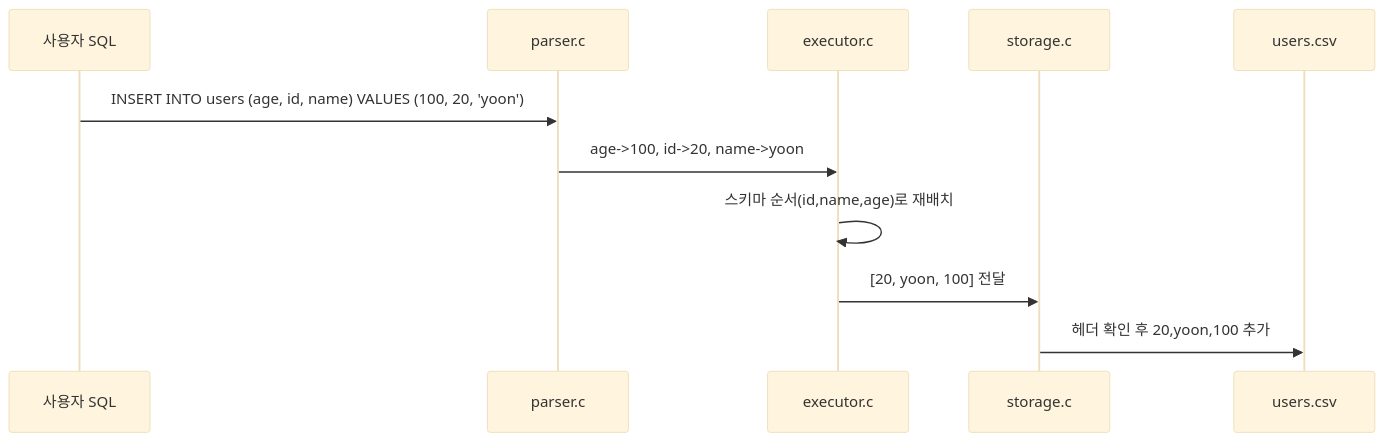
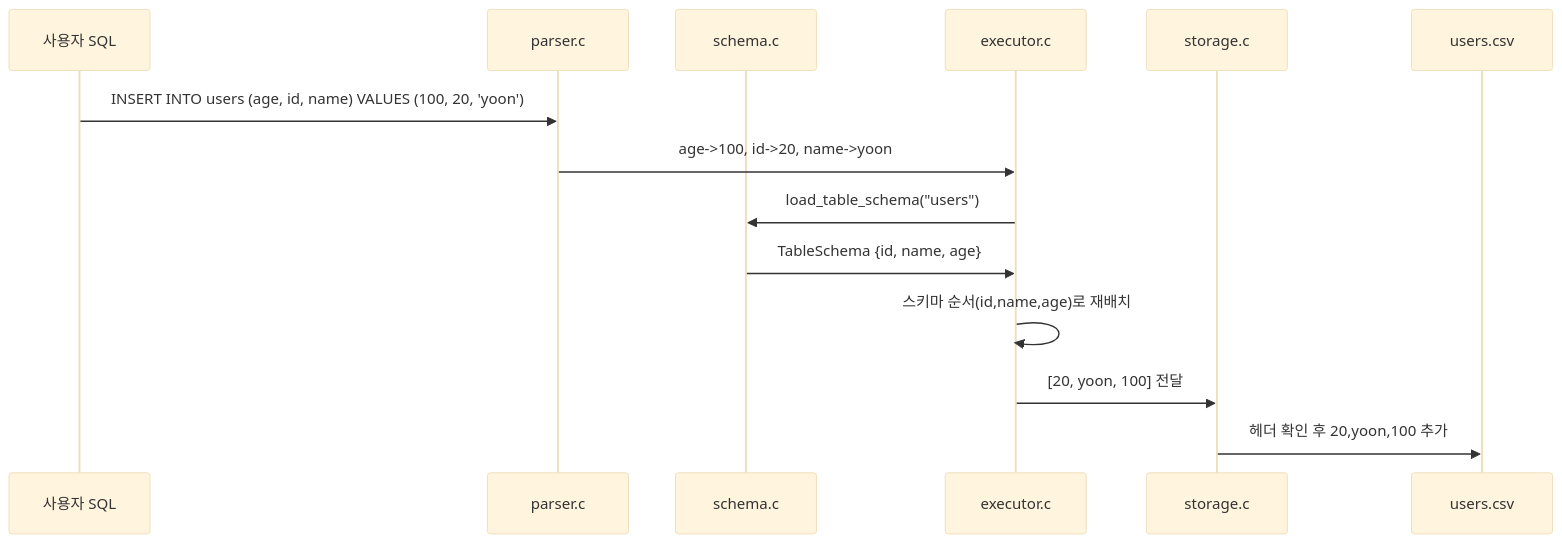
The third of 3 diagrams in docs/insert-column-order-explained.md (Jungle-12-303/week6-team5-sql), drawn with Mermaid (base theme) before and after one commit. The commit also changed other lines of this file and 1 other file, not shown here.

````diff
--- a/docs/insert-column-order-explained.md
+++ b/docs/insert-column-order-explained.md
@@ -138,14 +140,17 @@
 ```mermaid
 sequenceDiagram
     participant U as 사용자 SQL
     participant P as parser.c
+    participant Sc as schema.c
     participant E as executor.c
     participant S as storage.c
     participant C as users.csv
 
     U->>P: INSERT INTO users (age, id, name) VALUES (100, 20, 'yoon');
     P->>E: age->100, id->20, name->yoon
+    E->>Sc: load_table_schema("users")
+    Sc->>E: TableSchema {id, name, age}
     E->>E: 스키마 순서(id,name,age)로 재배치
     E->>S: [20, yoon, 100] 전달
     S->>C: 헤더 확인 후 20,yoon,100 추가
 ```
````
